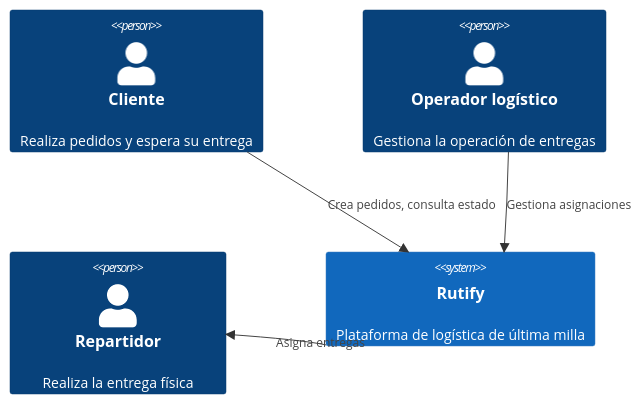
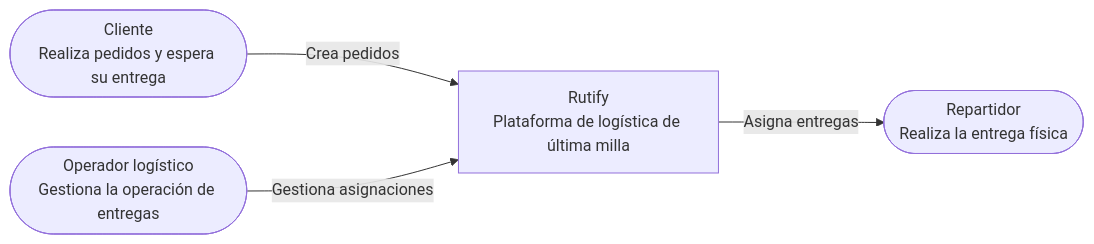
Before and after one commit to jdmarin218-stack/rutify-actividad-3: the first of 3 diagrams in docs/actividad-3/diagrama-c4.md, drawn with Mermaid. The commit also changed other lines of this file, not shown here.

Commit message:
Refactor C4 diagrams to use flowchart syntax

````diff
--- a/docs/actividad-3/diagrama-c4.md
+++ b/docs/actividad-3/diagrama-c4.md
@@ -5,12 +5,11 @@
 ```mermaid
-C4Context
-    Person(cliente, "Cliente", "Realiza pedidos y espera su entrega")
-    Person(operador, "Operador logístico", "Gestiona la operación de entregas")
-    Person(repartidor, "Repartidor", "Realiza la entrega física")
+flowchart LR
+    Cliente(["Cliente<br/>Realiza pedidos y espera su entrega"])
+    Operador(["Operador logístico<br/>Gestiona la operación de entregas"])
+    Repartidor(["Repartidor<br/>Realiza la entrega física"])
+    Rutify["Rutify<br/>Plataforma de logística de última milla"]
 
-    System(rutify, "Rutify", "Plataforma de logística de última milla")
-
-    Rel(cliente, rutify, "Crea pedidos, consulta estado")
-    Rel(operador, rutify, "Gestiona asignaciones")
-    Rel(rutify, repartidor, "Asigna entregas")
+    Cliente -->|Crea pedidos| Rutify
+    Operador -->|Gestiona asignaciones| Rutify
+    Rutify -->|Asigna entregas| Repartidor
 ```
````
